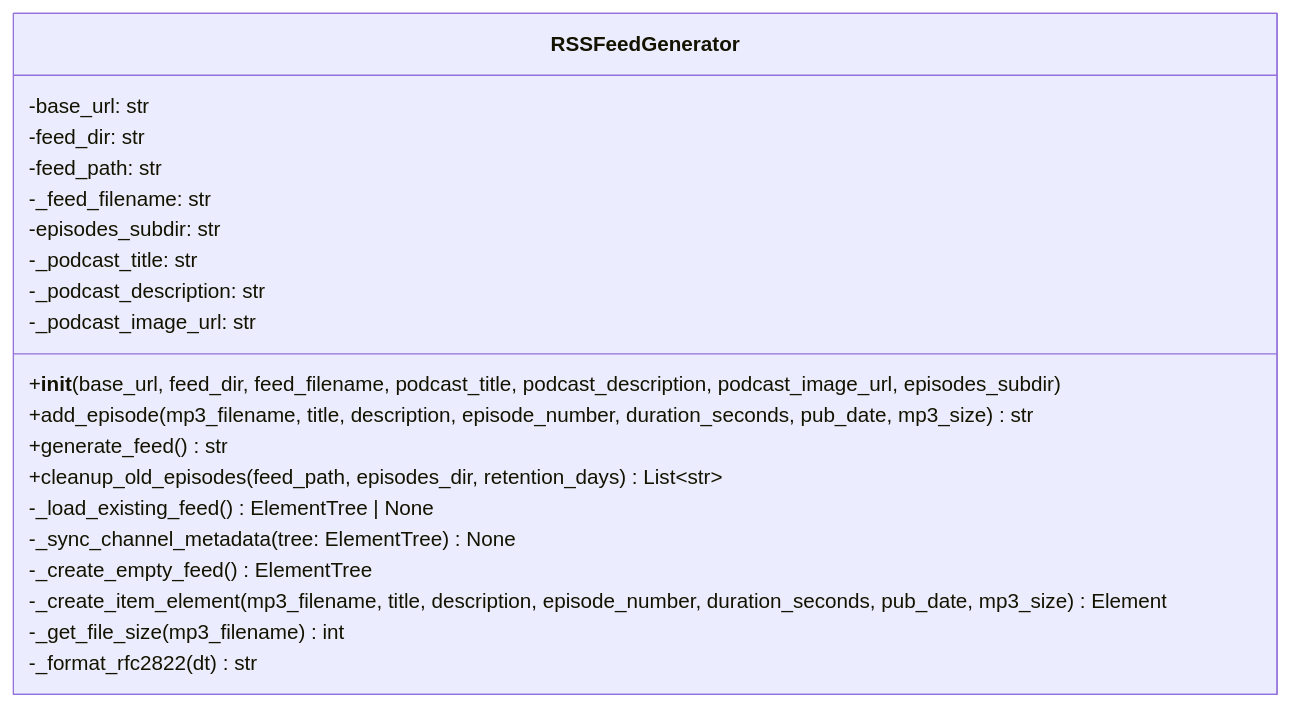
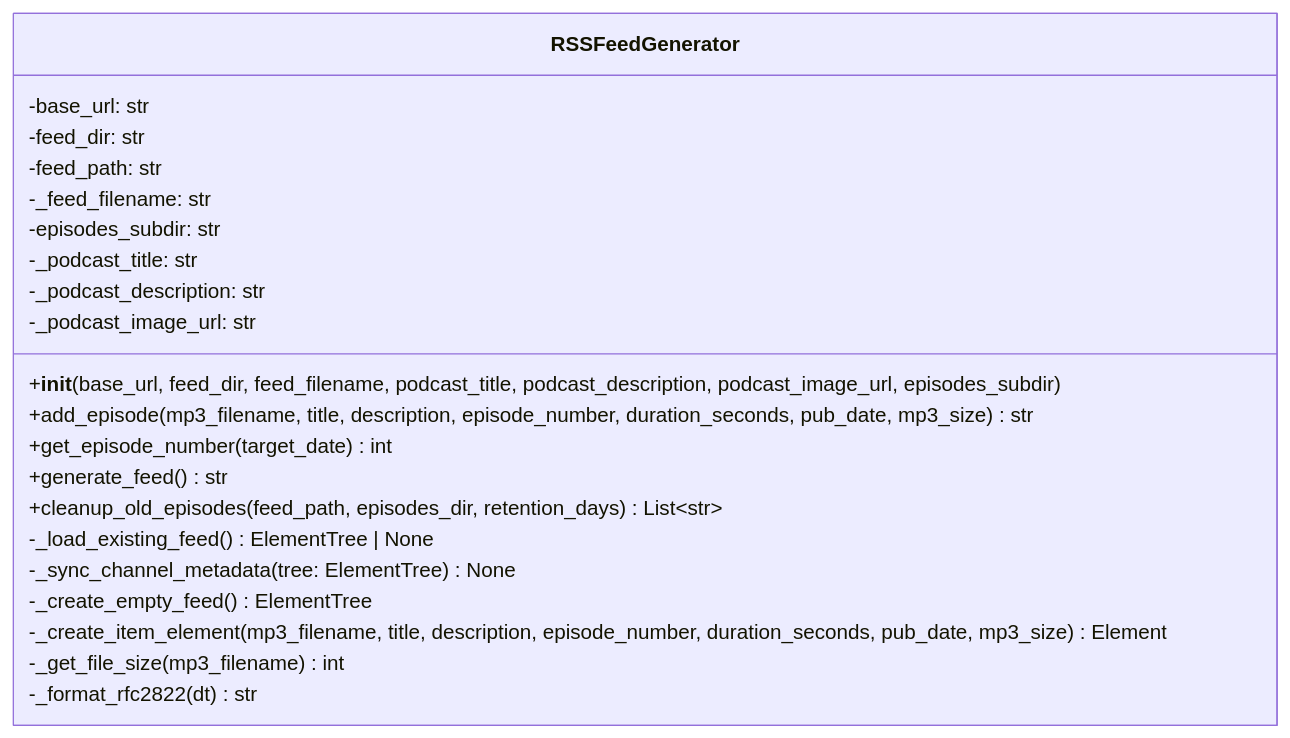
The fifth of 8 diagrams in docs/LLD.md (necoha/auto-podcast), drawn with Mermaid before and after one commit. The commit also changed other lines of this file and 4 other files, not shown here.

````diff
--- a/docs/LLD.md
+++ b/docs/LLD.md
@@ -351,23 +351,24 @@
 ```mermaid
 classDiagram
     class RSSFeedGenerator {
         -base_url: str
         -feed_dir: str
         -feed_path: str
         -_feed_filename: str
         -episodes_subdir: str
         -_podcast_title: str
         -_podcast_description: str
         -_podcast_image_url: str
         +__init__(base_url, feed_dir, feed_filename, podcast_title, podcast_description, podcast_image_url, episodes_subdir)
         +add_episode(mp3_filename, title, description, episode_number, duration_seconds, pub_date, mp3_size) str
+        +get_episode_number(target_date) int
         +generate_feed() str
         +cleanup_old_episodes(feed_path, episodes_dir, retention_days) List~str~
         -_load_existing_feed() ElementTree | None
         -_sync_channel_metadata(tree: ElementTree) None
         -_create_empty_feed() ElementTree
         -_create_item_element(mp3_filename, title, description, episode_number, duration_seconds, pub_date, mp3_size) Element
         -_get_file_size(mp3_filename) int
         -_format_rfc2822(dt) str
     }
 ```
````
